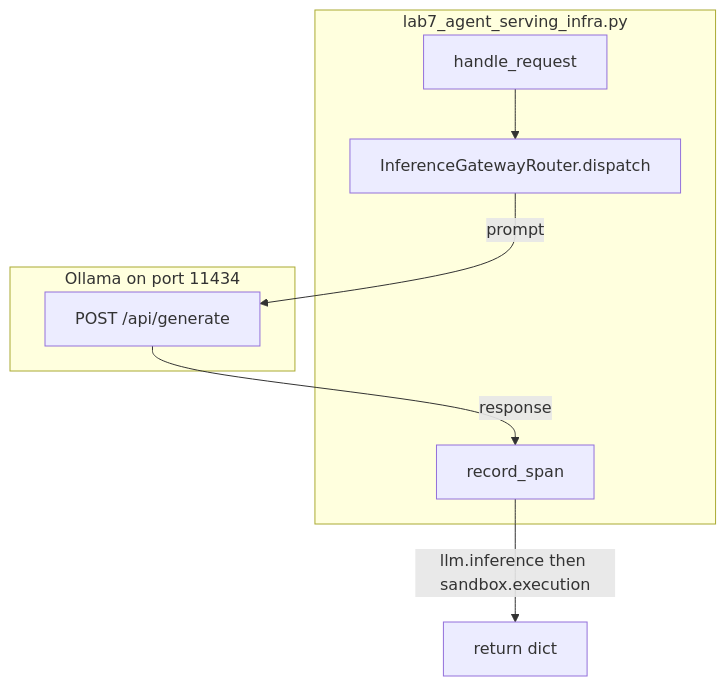
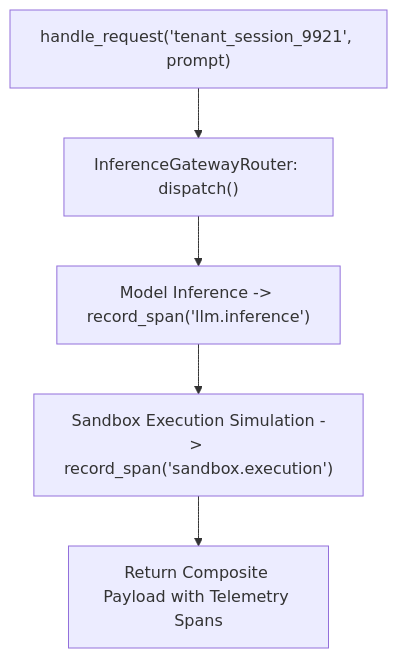
The diagram in education/20_synthesis/lab7_agent_serving_infra.md (jacobbweber/AgenticAI-Labs), drawn with Mermaid before and after one commit. The commit also changed other lines of this file and 123 other files, not shown here.

````diff
--- a/education/20_synthesis/lab7_agent_serving_infra.md
+++ b/education/20_synthesis/lab7_agent_serving_infra.md
@@ -14,15 +19,7 @@
 ```mermaid
 flowchart TD
-    subgraph srv_lab [lab7_agent_serving_infra.py]
-        RUN["handle_request"]
-        GW["InferenceGatewayRouter.dispatch"]
-        SPAN["record_span"]
-    end
-    subgraph srv_host [Ollama on port 11434]
-        API["POST /api/generate"]
-    end
-    RUN --> GW
-    GW -->|"prompt"| API
-    API -->|"response"| SPAN
-    SPAN -->|"llm.inference then sandbox.execution"| OUT["return dict"]
+    A["handle_request('tenant_session_9921', prompt)"] --> B["InferenceGatewayRouter: dispatch()"]
+    B --> C["Model Inference -> record_span('llm.inference')"]
+    C --> D["Sandbox Execution Simulation -> record_span('sandbox.execution')"]
+    D --> E["Return Composite Payload with Telemetry Spans"]
 ```
````
